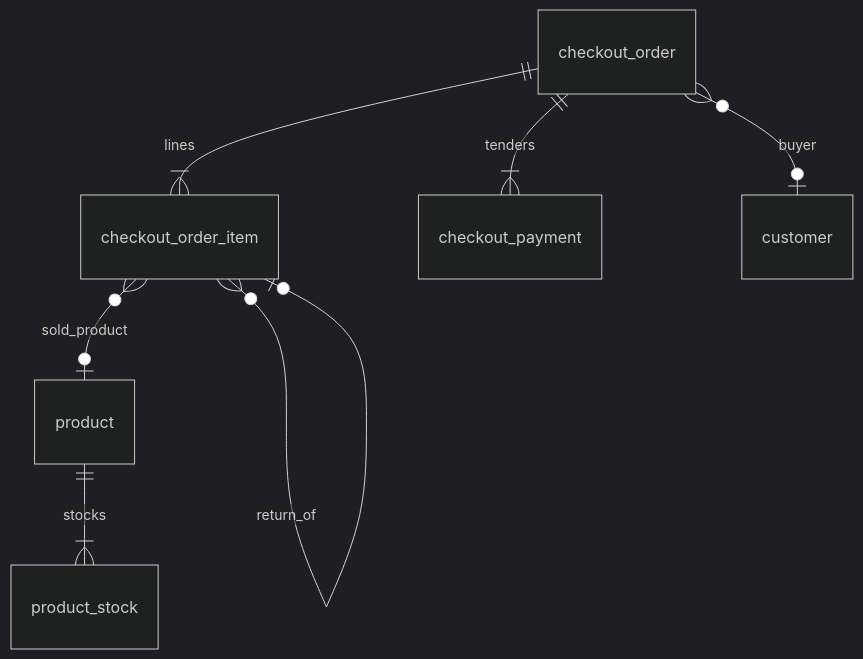
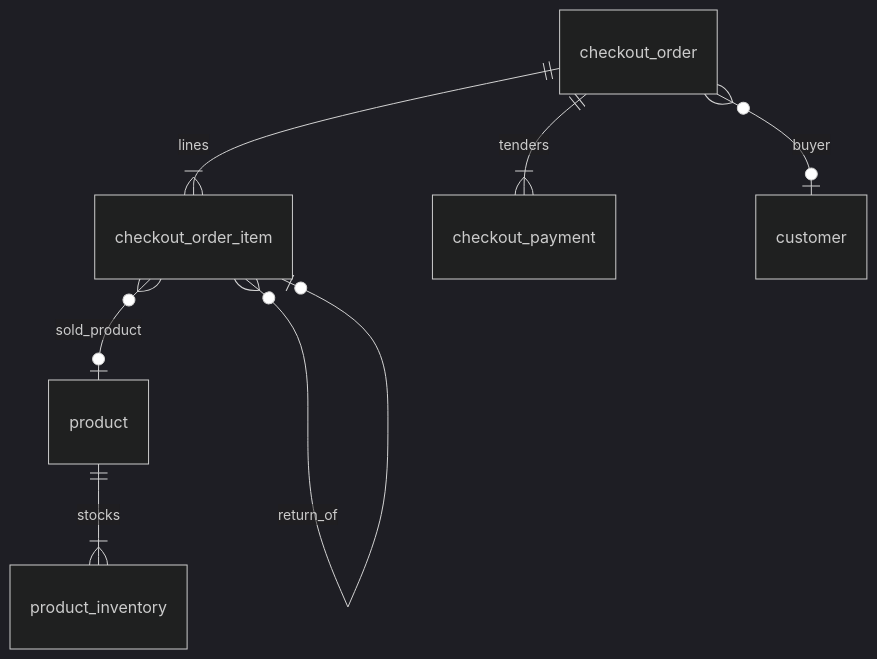
The diagram in prompts/Checkout & Transaction/02-data-model.md (wolfdigit/freds-pos-be), drawn with Mermaid (dark theme) before and after one commit. The commit also changed other lines of this file and 44 other files, not shown here.

````diff
--- a/prompts/Checkout & Transaction/02-data-model.md
+++ b/prompts/Checkout & Transaction/02-data-model.md
@@ -9,9 +9,9 @@
 ```mermaid
 erDiagram
   checkout_order ||--|{ checkout_order_item : lines
   checkout_order ||--|{ checkout_payment : tenders
   checkout_order }o--o| customer : buyer
   checkout_order_item }o--o| product : sold_product
   checkout_order_item }o--o| checkout_order_item : return_of
-  product ||--|{ product_stock : stocks
+  product ||--|{ product_inventory : stocks
 ```
````
